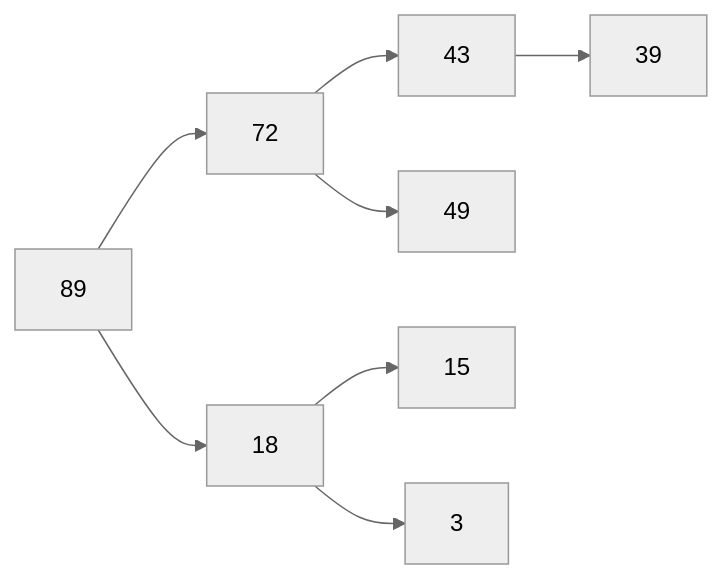
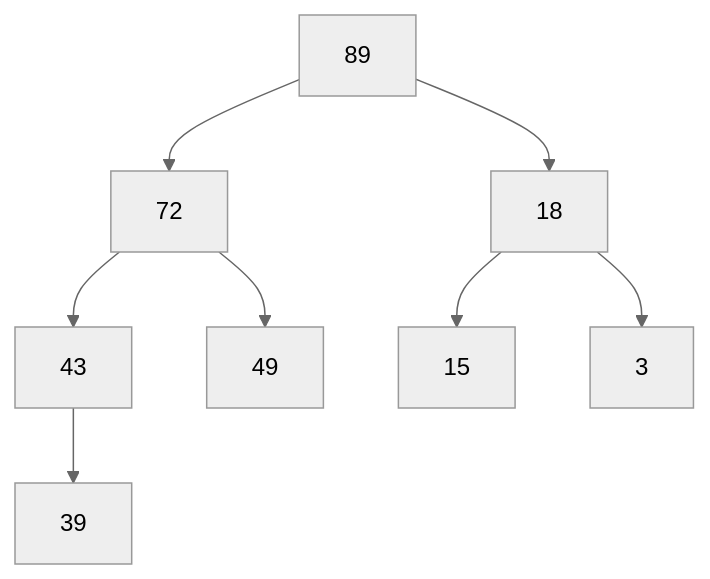
Before and after one commit to tsolenthaler/zbwAlgDs: the diagram in docs/algorithmen/heap-Priorityqueue.md, drawn with Mermaid (neutral theme).

Commit message:
Fix flowchart direction in MaxHeap example in Heap Priority Queue documentation

````diff
--- a/docs/algorithmen/heap-Priorityqueue.md
+++ b/docs/algorithmen/heap-Priorityqueue.md
@@ -58,10 +58,10 @@
 ``` mermaid
-flowchart LR
+flowchart TD
     1[89] --> 2[72]
     1 --> 3[18]
     2 --> 4[43]
     2 --> 5[49]
     3 --> 6[15]
     3 --> 7[3]
     4 --> 8[39]
 ```
````
